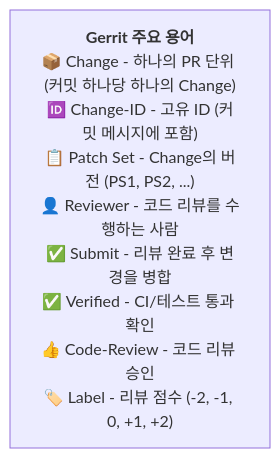
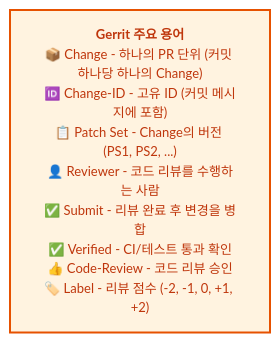
Before and after one commit to jingu279/Document: the third of 4 diagrams in git/07_Gerrit/01_Gerrit_소개.md, drawn with Mermaid. The commit also changed other lines of this file and 24 other files, not shown here.

First line of the commit message:
Git 문서 전체 Mermaid 다이어그램 스타일링 통일

````diff
--- a/git/07_Gerrit/01_Gerrit_소개.md
+++ b/git/07_Gerrit/01_Gerrit_소개.md
@@ -51,4 +65,11 @@
 ```mermaid
+%%{init: {'theme': 'base', 'themeVariables': {'fontSize': '13px'}}}%%
 flowchart TB
-  Terms["<b>Gerrit 주요 용어</b><br/>📦 Change - 하나의 PR 단위 (커밋 하나당 하나의 Change)<br/>🆔 Change-ID - 고유 ID (커밋 메시지에 포함)<br/>📋 Patch Set - Change의 버전 (PS1, PS2, ...)<br/>👤 Reviewer - 코드 리뷰를 수행하는 사람<br/>✅ Submit - 리뷰 완료 후 변경을 병합<br/>✅ Verified - CI/테스트 통과 확인<br/>👍 Code-Review - 코드 리뷰 승인<br/>🏷️ Label - 리뷰 점수 (-2, -1, 0, +1, +2)"]
+  Terms["<b>Gerrit 주요 용어</b><br/>📦 Change - 하나의 PR 단위 (커밋 하나당 하나의 Change)<br/>🆔 Change-ID - 고유 ID (커밋 메시지에 포함)<br/>📋 Patch Set - Change의 버전 (PS1, PS2, ...)<br/>👤 Reviewer - 코드 리뷰를 수행하는 사람<br/>✅ Submit - 리뷰 완료 후 변경을 병합<br/>✅ Verified - CI/테스트 통과 확인<br/>👍 Code-Review - 코드 리뷰 승인<br/>🏷️ Label - 리뷰 점수 (-2, -1, 0, +1, +2)"]:::main
+
+classDef main fill:#fff3e0,stroke:#e65100,stroke-width:2px,color:#bf360c
+classDef sub fill:#e8f5e9,stroke:#2e7d32,stroke-width:2px,color:#1b5e20
+classDef proc fill:#e3f2fd,stroke:#1565c0,stroke-width:2px,color:#0d47a1
+classDef decision fill:#fff9c4,stroke:#f9a825,stroke-width:2px,color:#e65100
+classDef highlight fill:#f3e5f5,stroke:#6a1b9a,stroke-width:2px,color:#4a148c
 ```
````
